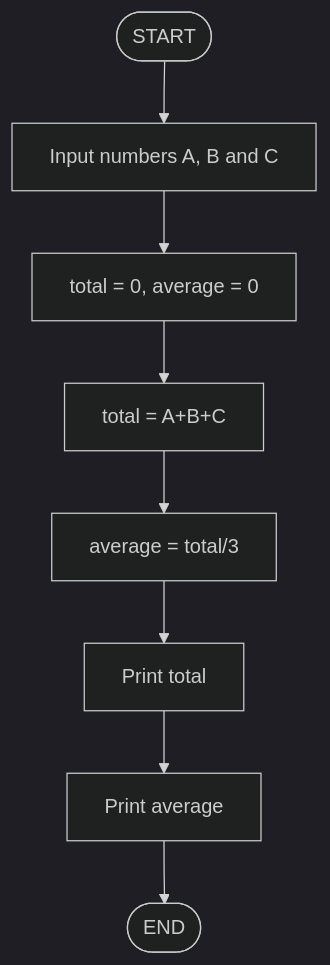
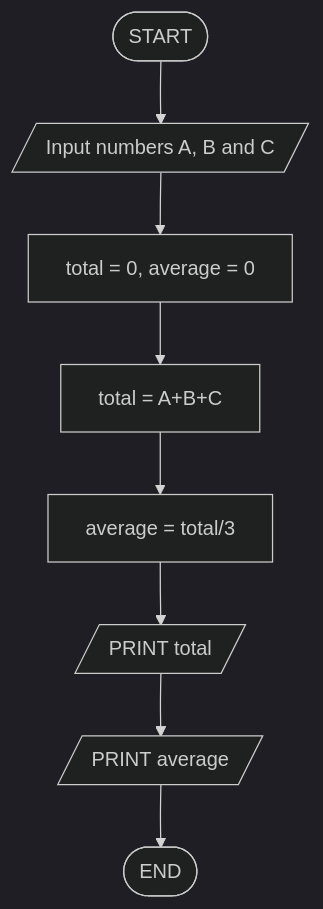
One commit to SangeethaNachimuthu/pseudocode-flowchart-workshop changed the diagram in Exercise 2/TotalAndAverage.md. Above: the diagram before and after it, drawn with Mermaid (dark theme). The commit also changed 10 other files, not shown here.

````diff
--- a/Exercise 2/TotalAndAverage.md
+++ b/Exercise 2/TotalAndAverage.md
@@ -1,10 +1,10 @@
 ```mermaid
 flowchart
-    A([START]) --> B[Input numbers A, B and C]
+    A([START]) --> B[/Input numbers A, B and C/]
     B --> C[total = 0, average = 0]
     C --> D[total = A+B+C]
     D --> E[average = total/3]
-    E --> F[Print total]
-    F --> G[Print average]
+    E --> F[/PRINT total/]
+    F --> G[/PRINT average/]
     G --> H([END])
 ```
````
